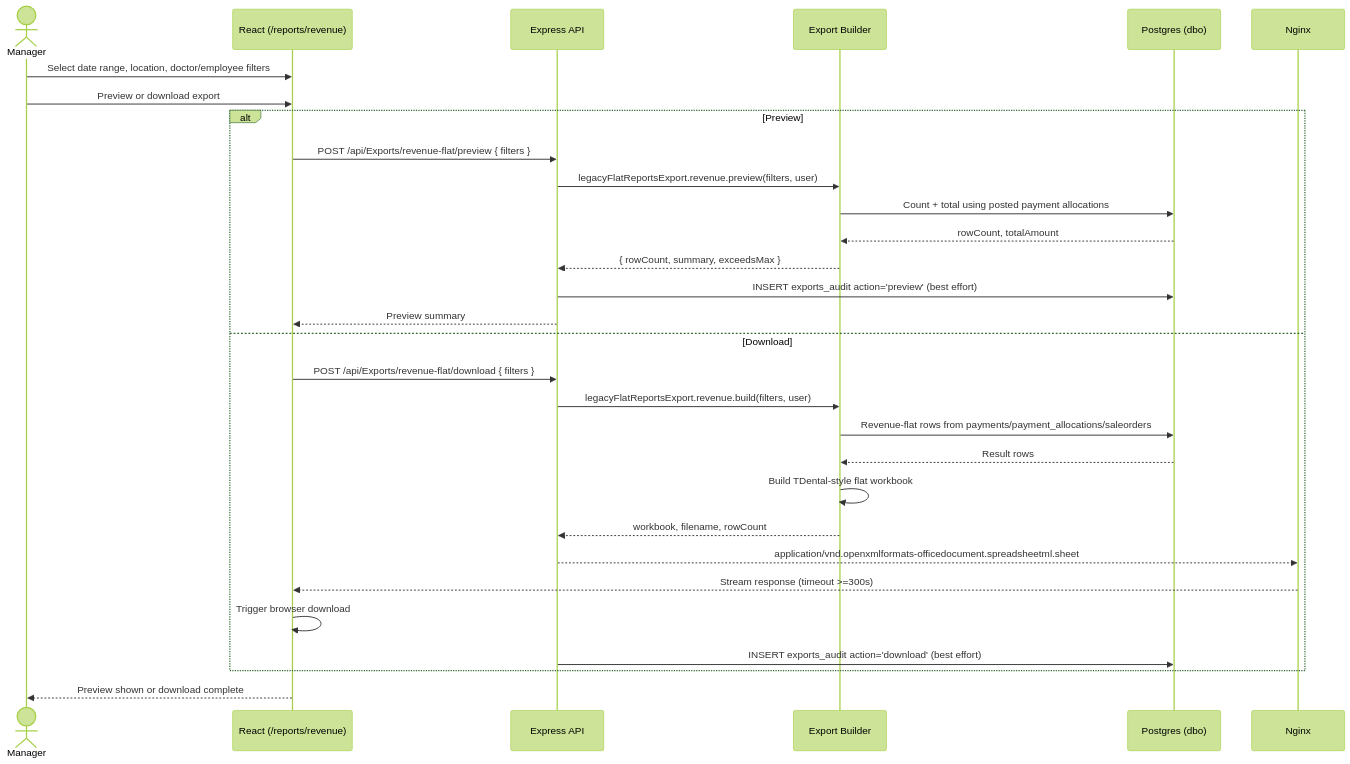
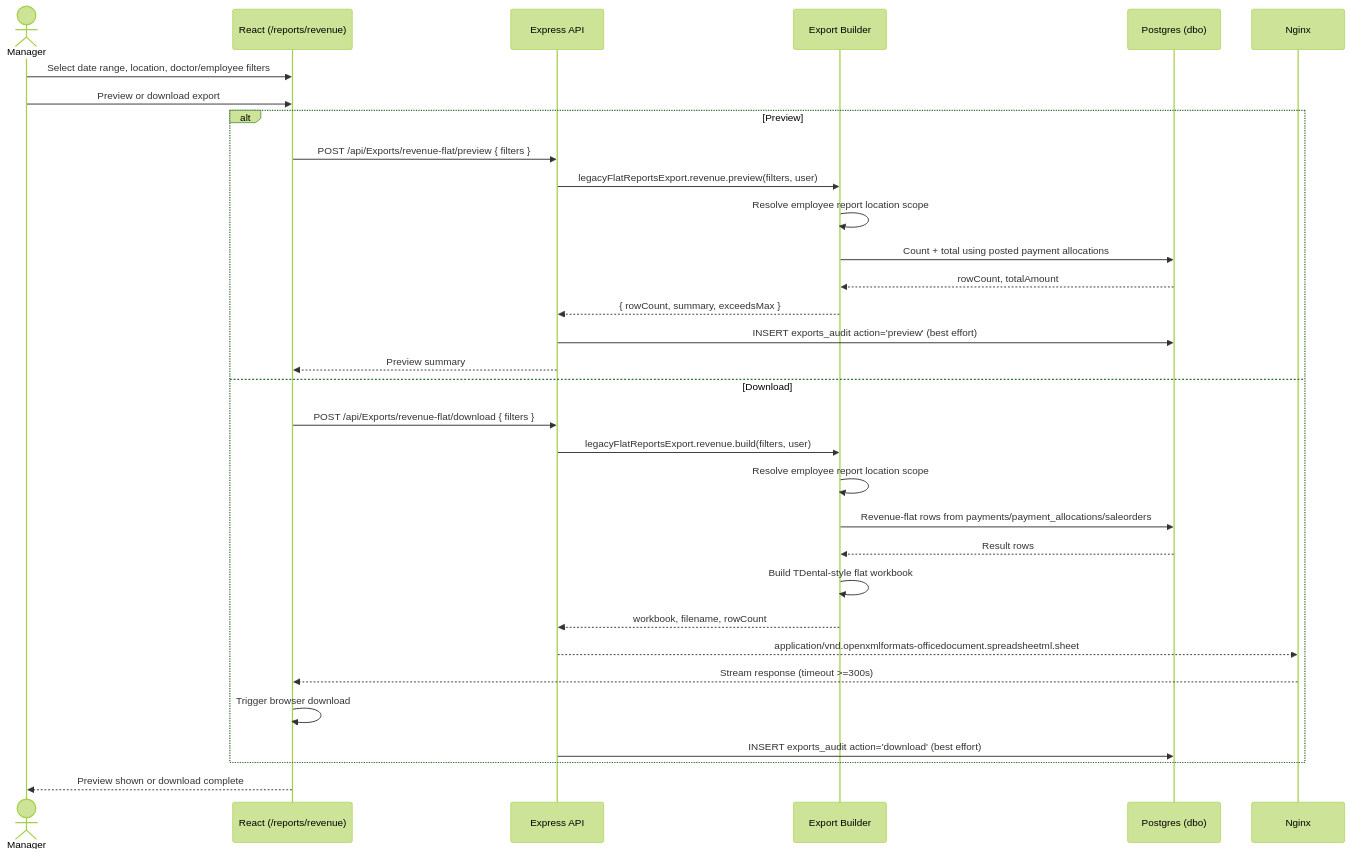
The fifth of 14 diagrams in docs/WORKFLOWS.md (niiiusburo/Tgroup), drawn with Mermaid (forest theme) before and after one commit. The commit also changed other lines of this file and 37 other files, not shown here.

Commit message:
fix(reports): enforce employee location scope

````diff
--- a/docs/WORKFLOWS.md
+++ b/docs/WORKFLOWS.md
@@ -193,33 +193,35 @@
 ```mermaid
 sequenceDiagram
     actor M as Manager
     participant FE as React (/reports/revenue)
     participant API as Express API
     participant Builder as Export Builder
     participant DB as Postgres (dbo)
     participant Nginx as Nginx
 
     M->>FE: Select date range, location, doctor/employee filters
     M->>FE: Preview or download export
     alt Preview
         FE->>API: POST /api/Exports/revenue-flat/preview { filters }
         API->>Builder: legacyFlatReportsExport.revenue.preview(filters, user)
+        Builder->>Builder: Resolve employee report location scope
         Builder->>DB: Count + total using posted payment allocations
         DB-->>Builder: rowCount, totalAmount
         Builder-->>API: { rowCount, summary, exceedsMax }
         API->>DB: INSERT exports_audit action='preview' (best effort)
         API-->>FE: Preview summary
     else Download
         FE->>API: POST /api/Exports/revenue-flat/download { filters }
         API->>Builder: legacyFlatReportsExport.revenue.build(filters, user)
+        Builder->>Builder: Resolve employee report location scope
         Builder->>DB: Revenue-flat rows from payments/payment_allocations/saleorders
         DB-->>Builder: Result rows
         Builder->>Builder: Build TDental-style flat workbook
         Builder-->>API: workbook, filename, rowCount
         API-->>Nginx: application/vnd.openxmlformats-officedocument.spreadsheetml.sheet
         Nginx-->>FE: Stream response (timeout >=300s)
         FE->>FE: Trigger browser download
         API->>DB: INSERT exports_audit action='download' (best effort)
     end
     FE-->>M: Preview shown or download complete
 ```
````
